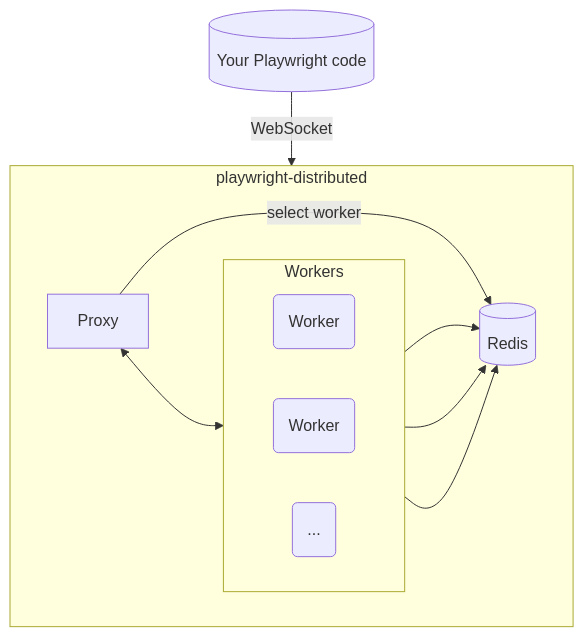
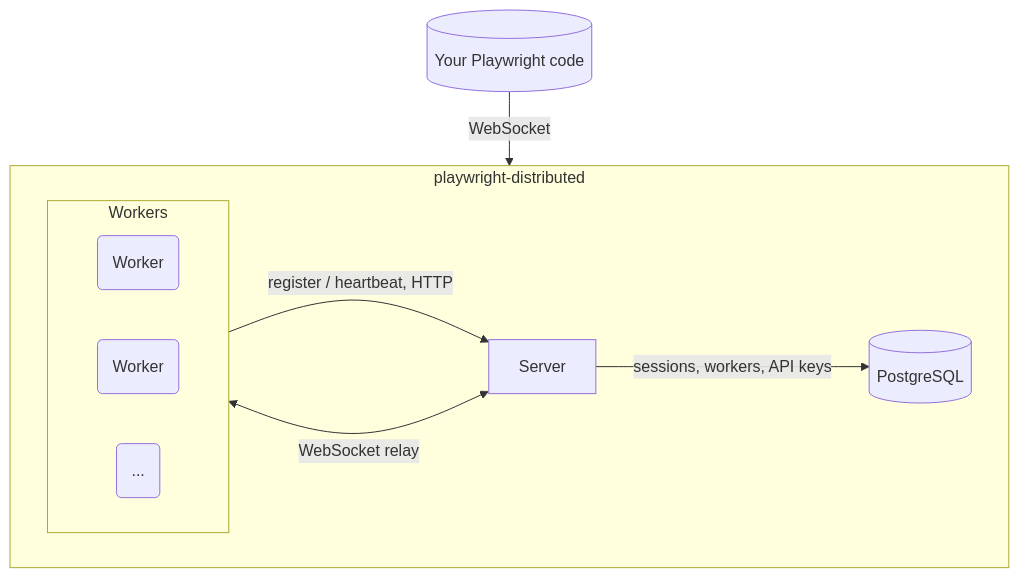
The diagram in README.md (mbroton/playwright-distributed), drawn with Mermaid before and after one commit. The commit also changed other lines of this file and 30 other files, not shown here.

````diff
--- a/README.md
+++ b/README.md
@@ -154,22 +158,19 @@
 ```mermaid
 flowchart TD
-    Client[(Your Playwright code)] -->|WebSocket| Proxy
+    Client[(Your Playwright code)] -->|WebSocket| Server
 
     subgraph playwright-distributed
         direction LR
 
-        Proxy -->|select worker| Redis[(Redis)]
-        Proxy <--> workerGroup
+        Server -->|sessions, workers, API keys| PostgreSQL[(PostgreSQL)]
+        Server <-->|WebSocket relay| workerGroup
+        workerGroup -->|register / heartbeat, HTTP| Server
 
         subgraph workerGroup [Workers]
             direction LR
             Worker1(Worker)
             Worker2(Worker)
             WorkerN(...)
         end
-
-        Worker1 --> Redis
-        Worker2 --> Redis
-        WorkerN --> Redis
     end
 ```
````
